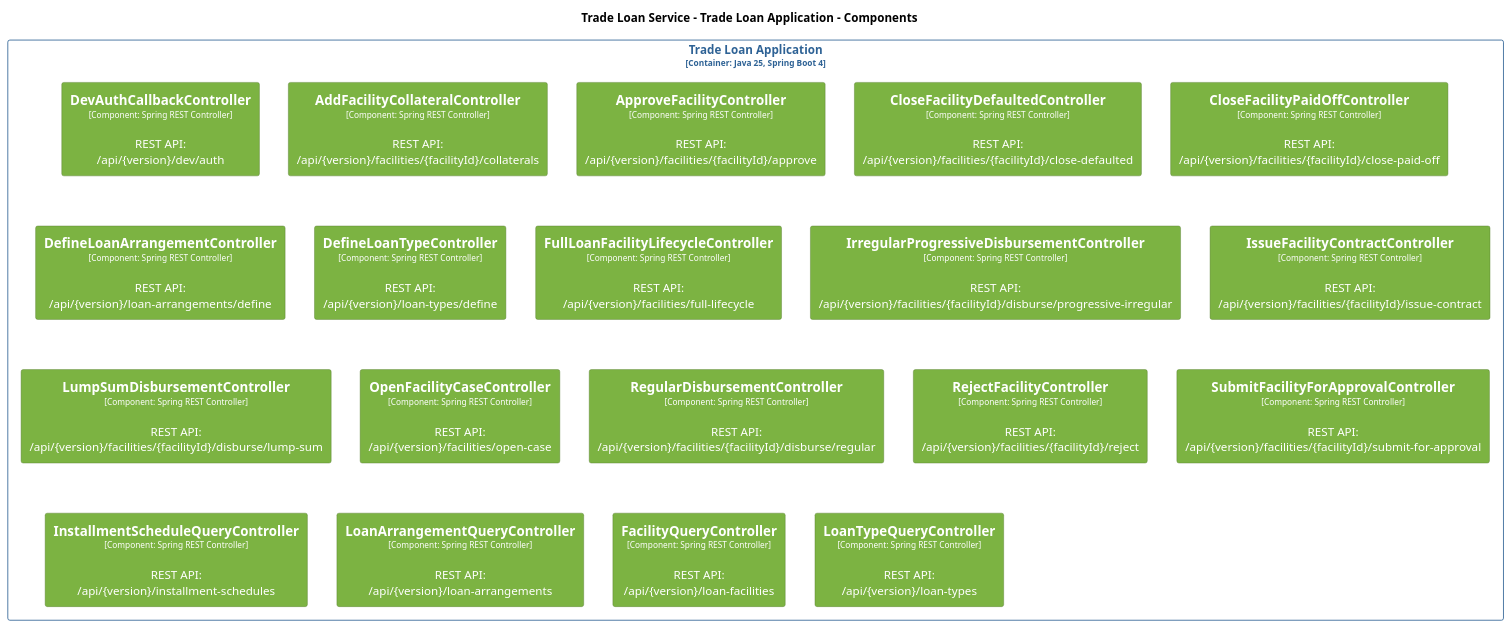
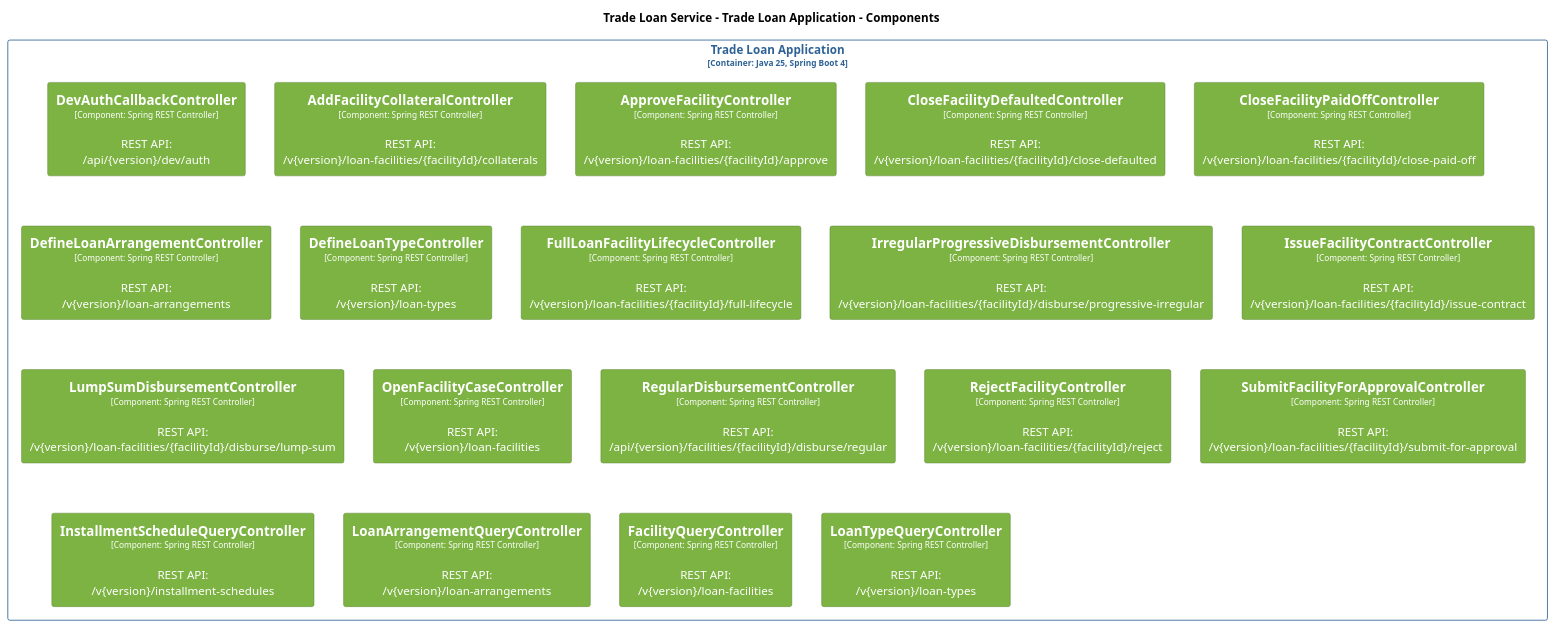
One commit to ghazalehjozani/nova changed the diagram in documents/c4/plantuml/Controllers.puml. Above: the diagram before and after it, drawn with PlantUML. The commit also changed 35 other files, not shown here.

```diff
--- a/documents/c4/plantuml/Controllers.puml
+++ b/documents/c4/plantuml/Controllers.puml
@@ -135,24 +135,24 @@
 
 rectangle "Trade Loan Application\n<size:10>[Container: Java 25, Spring Boot 4]</size>" <<TradeLoanService.TradeLoanApplication>> {
   rectangle "==DevAuthCallbackController\n<size:10>[Component: Spring REST Controller]</size>\n\nREST API: /api/{version}/dev/auth" <<TradeLoanService.TradeLoanApplication.DevAuthCallbackController>> as TradeLoanService.TradeLoanApplication.DevAuthCallbackController
-  rectangle "==AddFacilityCollateralController\n<size:10>[Component: Spring REST Controller]</size>\n\nREST API: /api/{version}/facilities/{facilityId}/collaterals" <<TradeLoanService.TradeLoanApplication.AddFacilityCollateralController>> as TradeLoanService.TradeLoanApplication.AddFacilityCollateralController
-  rectangle "==ApproveFacilityController\n<size:10>[Component: Spring REST Controller]</size>\n\nREST API: /api/{version}/facilities/{facilityId}/approve" <<TradeLoanService.TradeLoanApplication.ApproveFacilityController>> as TradeLoanService.TradeLoanApplication.ApproveFacilityController
-  rectangle "==CloseFacilityDefaultedController\n<size:10>[Component: Spring REST Controller]</size>\n\nREST API: /api/{version}/facilities/{facilityId}/close-defaulted" <<TradeLoanService.TradeLoanApplication.CloseFacilityDefaultedController>> as TradeLoanService.TradeLoanApplication.CloseFacilityDefaultedController
-  rectangle "==CloseFacilityPaidOffController\n<size:10>[Component: Spring REST Controller]</size>\n\nREST API: /api/{version}/facilities/{facilityId}/close-paid-off" <<TradeLoanService.TradeLoanApplication.CloseFacilityPaidOffController>> as TradeLoanService.TradeLoanApplication.CloseFacilityPaidOffController
-  rectangle "==DefineLoanArrangementController\n<size:10>[Component: Spring REST Controller]</size>\n\nREST API: /api/{version}/loan-arrangements/define" <<TradeLoanService.TradeLoanApplication.DefineLoanArrangementController>> as TradeLoanService.TradeLoanApplication.DefineLoanArrangementController
-  rectangle "==DefineLoanTypeController\n<size:10>[Component: Spring REST Controller]</size>\n\nREST API: /api/{version}/loan-types/define" <<TradeLoanService.TradeLoanApplication.DefineLoanTypeController>> as TradeLoanService.TradeLoanApplication.DefineLoanTypeController
-  rectangle "==FullLoanFacilityLifecycleController\n<size:10>[Component: Spring REST Controller]</size>\n\nREST API: /api/{version}/facilities/full-lifecycle" <<TradeLoanService.TradeLoanApplication.FullLoanFacilityLifecycleController>> as TradeLoanService.TradeLoanApplication.FullLoanFacilityLifecycleController
-  rectangle "==IrregularProgressiveDisbursementController\n<size:10>[Component: Spring REST Controller]</size>\n\nREST API: /api/{version}/facilities/{facilityId}/disburse/progressive-irregular" <<TradeLoanService.TradeLoanApplication.IrregularProgressiveDisbursementController>> as TradeLoanService.TradeLoanApplication.IrregularProgressiveDisbursementController
-  rectangle "==IssueFacilityContractController\n<size:10>[Component: Spring REST Controller]</size>\n\nREST API: /api/{version}/facilities/{facilityId}/issue-contract" <<TradeLoanService.TradeLoanApplication.IssueFacilityContractController>> as TradeLoanService.TradeLoanApplication.IssueFacilityContractController
-  rectangle "==LumpSumDisbursementController\n<size:10>[Component: Spring REST Controller]</size>\n\nREST API: /api/{version}/facilities/{facilityId}/disburse/lump-sum" <<TradeLoanService.TradeLoanApplication.LumpSumDisbursementController>> as TradeLoanService.TradeLoanApplication.LumpSumDisbursementController
-  rectangle "==OpenFacilityCaseController\n<size:10>[Component: Spring REST Controller]</size>\n\nREST API: /api/{version}/facilities/open-case" <<TradeLoanService.TradeLoanApplication.OpenFacilityCaseController>> as TradeLoanService.TradeLoanApplication.OpenFacilityCaseController
+  rectangle "==AddFacilityCollateralController\n<size:10>[Component: Spring REST Controller]</size>\n\nREST API: /v{version}/loan-facilities/{facilityId}/collaterals" <<TradeLoanService.TradeLoanApplication.AddFacilityCollateralController>> as TradeLoanService.TradeLoanApplication.AddFacilityCollateralController
+  rectangle "==ApproveFacilityController\n<size:10>[Component: Spring REST Controller]</size>\n\nREST API: /v{version}/loan-facilities/{facilityId}/approve" <<TradeLoanService.TradeLoanApplication.ApproveFacilityController>> as TradeLoanService.TradeLoanApplication.ApproveFacilityController
+  rectangle "==CloseFacilityDefaultedController\n<size:10>[Component: Spring REST Controller]</size>\n\nREST API: /v{version}/loan-facilities/{facilityId}/close-defaulted" <<TradeLoanService.TradeLoanApplication.CloseFacilityDefaultedController>> as TradeLoanService.TradeLoanApplication.CloseFacilityDefaultedController
+  rectangle "==CloseFacilityPaidOffController\n<size:10>[Component: Spring REST Controller]</size>\n\nREST API: /v{version}/loan-facilities/{facilityId}/close-paid-off" <<TradeLoanService.TradeLoanApplication.CloseFacilityPaidOffController>> as TradeLoanService.TradeLoanApplication.CloseFacilityPaidOffController
+  rectangle "==DefineLoanArrangementController\n<size:10>[Component: Spring REST Controller]</size>\n\nREST API: /v{version}/loan-arrangements" <<TradeLoanService.TradeLoanApplication.DefineLoanArrangementController>> as TradeLoanService.TradeLoanApplication.DefineLoanArrangementController
+  rectangle "==DefineLoanTypeController\n<size:10>[Component: Spring REST Controller]</size>\n\nREST API: /v{version}/loan-types" <<TradeLoanService.TradeLoanApplication.DefineLoanTypeController>> as TradeLoanService.TradeLoanApplication.DefineLoanTypeController
+  rectangle "==FullLoanFacilityLifecycleController\n<size:10>[Component: Spring REST Controller]</size>\n\nREST API: /v{version}/loan-facilities/{facilityId}/full-lifecycle" <<TradeLoanService.TradeLoanApplication.FullLoanFacilityLifecycleController>> as TradeLoanService.TradeLoanApplication.FullLoanFacilityLifecycleController
+  rectangle "==IrregularProgressiveDisbursementController\n<size:10>[Component: Spring REST Controller]</size>\n\nREST API: /v{version}/loan-facilities/{facilityId}/disburse/progressive-irregular" <<TradeLoanService.TradeLoanApplication.IrregularProgressiveDisbursementController>> as TradeLoanService.TradeLoanApplication.IrregularProgressiveDisbursementController
+  rectangle "==IssueFacilityContractController\n<size:10>[Component: Spring REST Controller]</size>\n\nREST API: /v{version}/loan-facilities/{facilityId}/issue-contract" <<TradeLoanService.TradeLoanApplication.IssueFacilityContractController>> as TradeLoanService.TradeLoanApplication.IssueFacilityContractController
+  rectangle "==LumpSumDisbursementController\n<size:10>[Component: Spring REST Controller]</size>\n\nREST API: /v{version}/loan-facilities/{facilityId}/disburse/lump-sum" <<TradeLoanService.TradeLoanApplication.LumpSumDisbursementController>> as TradeLoanService.TradeLoanApplication.LumpSumDisbursementController
+  rectangle "==OpenFacilityCaseController\n<size:10>[Component: Spring REST Controller]</size>\n\nREST API: /v{version}/loan-facilities" <<TradeLoanService.TradeLoanApplication.OpenFacilityCaseController>> as TradeLoanService.TradeLoanApplication.OpenFacilityCaseController
   rectangle "==RegularDisbursementController\n<size:10>[Component: Spring REST Controller]</size>\n\nREST API: /api/{version}/facilities/{facilityId}/disburse/regular" <<TradeLoanService.TradeLoanApplication.RegularDisbursementController>> as TradeLoanService.TradeLoanApplication.RegularDisbursementController
-  rectangle "==RejectFacilityController\n<size:10>[Component: Spring REST Controller]</size>\n\nREST API: /api/{version}/facilities/{facilityId}/reject" <<TradeLoanService.TradeLoanApplication.RejectFacilityController>> as TradeLoanService.TradeLoanApplication.RejectFacilityController
-  rectangle "==SubmitFacilityForApprovalController\n<size:10>[Component: Spring REST Controller]</size>\n\nREST API: /api/{version}/facilities/{facilityId}/submit-for-approval" <<TradeLoanService.TradeLoanApplication.SubmitFacilityForApprovalController>> as TradeLoanService.TradeLoanApplication.SubmitFacilityForApprovalController
-  rectangle "==InstallmentScheduleQueryController\n<size:10>[Component: Spring REST Controller]</size>\n\nREST API: /api/{version}/installment-schedules" <<TradeLoanService.TradeLoanApplication.InstallmentScheduleQueryController>> as TradeLoanService.TradeLoanApplication.InstallmentScheduleQueryController
-  rectangle "==LoanArrangementQueryController\n<size:10>[Component: Spring REST Controller]</size>\n\nREST API: /api/{version}/loan-arrangements" <<TradeLoanService.TradeLoanApplication.LoanArrangementQueryController>> as TradeLoanService.TradeLoanApplication.LoanArrangementQueryController
-  rectangle "==FacilityQueryController\n<size:10>[Component: Spring REST Controller]</size>\n\nREST API: /api/{version}/loan-facilities" <<TradeLoanService.TradeLoanApplication.FacilityQueryController>> as TradeLoanService.TradeLoanApplication.FacilityQueryController
-  rectangle "==LoanTypeQueryController\n<size:10>[Component: Spring REST Controller]</size>\n\nREST API: /api/{version}/loan-types" <<TradeLoanService.TradeLoanApplication.LoanTypeQueryController>> as TradeLoanService.TradeLoanApplication.LoanTypeQueryController
+  rectangle "==RejectFacilityController\n<size:10>[Component: Spring REST Controller]</size>\n\nREST API: /v{version}/loan-facilities/{facilityId}/reject" <<TradeLoanService.TradeLoanApplication.RejectFacilityController>> as TradeLoanService.TradeLoanApplication.RejectFacilityController
+  rectangle "==SubmitFacilityForApprovalController\n<size:10>[Component: Spring REST Controller]</size>\n\nREST API: /v{version}/loan-facilities/{facilityId}/submit-for-approval" <<TradeLoanService.TradeLoanApplication.SubmitFacilityForApprovalController>> as TradeLoanService.TradeLoanApplication.SubmitFacilityForApprovalController
+  rectangle "==InstallmentScheduleQueryController\n<size:10>[Component: Spring REST Controller]</size>\n\nREST API: /v{version}/installment-schedules" <<TradeLoanService.TradeLoanApplication.InstallmentScheduleQueryController>> as TradeLoanService.TradeLoanApplication.InstallmentScheduleQueryController
+  rectangle "==LoanArrangementQueryController\n<size:10>[Component: Spring REST Controller]</size>\n\nREST API: /v{version}/loan-arrangements" <<TradeLoanService.TradeLoanApplication.LoanArrangementQueryController>> as TradeLoanService.TradeLoanApplication.LoanArrangementQueryController
+  rectangle "==FacilityQueryController\n<size:10>[Component: Spring REST Controller]</size>\n\nREST API: /v{version}/loan-facilities" <<TradeLoanService.TradeLoanApplication.FacilityQueryController>> as TradeLoanService.TradeLoanApplication.FacilityQueryController
+  rectangle "==LoanTypeQueryController\n<size:10>[Component: Spring REST Controller]</size>\n\nREST API: /v{version}/loan-types" <<TradeLoanService.TradeLoanApplication.LoanTypeQueryController>> as TradeLoanService.TradeLoanApplication.LoanTypeQueryController
 }
 
 @enduml
```
